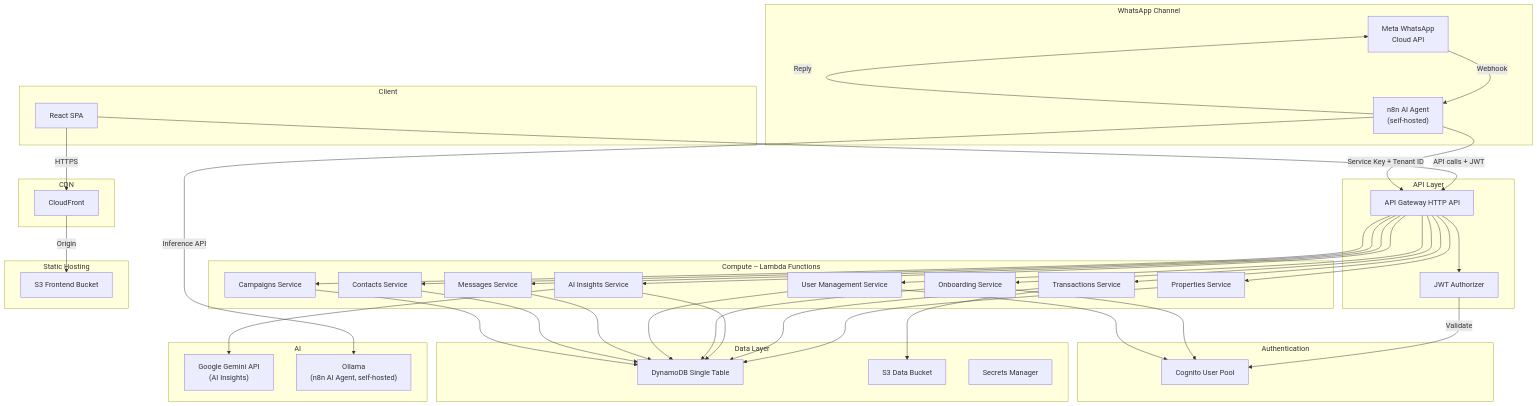
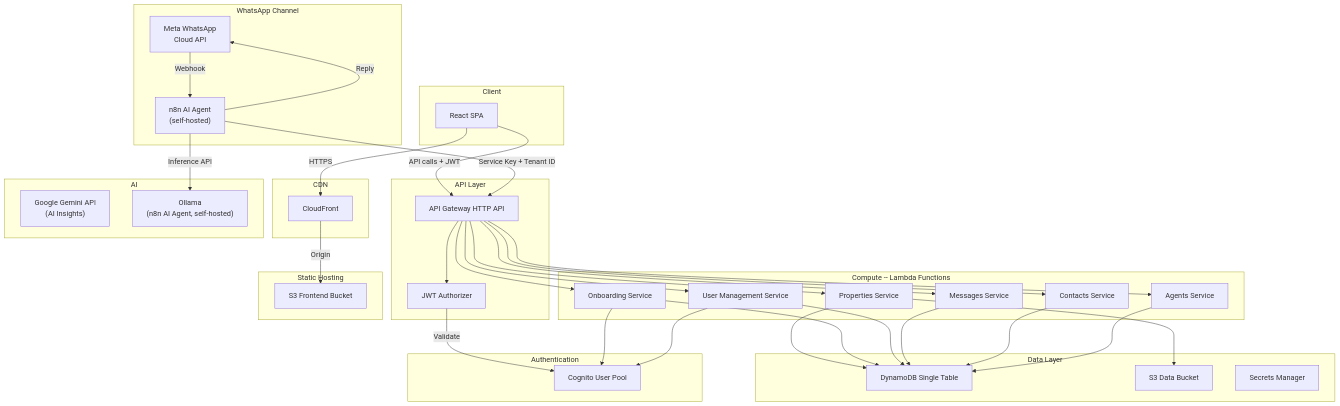
One commit to davidballad/clienta_bre changed the first of 8 diagrams in docs/architecture.md. Above: the diagram before and after it, drawn with Mermaid. The commit also changed other lines of this file and 13 other files, not shown here.

````diff
--- a/docs/architecture.md
+++ b/docs/architecture.md
@@ -5,80 +5,73 @@
 ```mermaid
 graph TB
   subgraph client [Client]
     Browser["React SPA"]
   end
 
   subgraph cdn [CDN]
     CloudFront["CloudFront"]
   end
 
   subgraph auth [Authentication]
     Cognito["Cognito User Pool"]
   end
 
   subgraph api [API Layer]
     APIGW["API Gateway HTTP API"]
     JWTAuth["JWT Authorizer"]
   end
 
   subgraph whatsapp [WhatsApp Channel]
     Meta["Meta WhatsApp\nCloud API"]
     n8n["n8n AI Agent\n(self-hosted)"]
   end
 
   subgraph compute [Compute -- Lambda Functions]
     Properties["Properties Service"]
-    Transactions["Transactions Service"]
-    AIInsights["AI Insights Service"]
     Onboarding["Onboarding Service"]
     Users["User Management Service"]
     Messages["Messages Service"]
     Contacts["Contacts Service"]
-    Campaigns["Campaigns Service"]
+    Agents["Agents Service"]
   end
 
   subgraph data [Data Layer]
     DynamoDB["DynamoDB Single Table"]
     S3Data["S3 Data Bucket"]
     Secrets["Secrets Manager"]
   end
 
   subgraph ai [AI]
     Gemini["Google Gemini API\n(AI Insights)"]
     Ollama["Ollama\n(n8n AI Agent, self-hosted)"]
   end
 
   subgraph hosting [Static Hosting]
     S3Frontend["S3 Frontend Bucket"]
   end
 
   Browser -->|HTTPS| CloudFront
   CloudFront -->|Origin| S3Frontend
   Browser -->|"API calls + JWT"| APIGW
   APIGW --> JWTAuth
   JWTAuth -->|Validate| Cognito
   APIGW --> Properties
-  APIGW --> Transactions
-  APIGW --> AIInsights
   APIGW --> Onboarding
   APIGW --> Users
   APIGW --> Messages
   APIGW --> Contacts
-  APIGW --> Campaigns
+  APIGW --> Agents
   Meta -->|Webhook| n8n
   n8n -->|"Service Key + Tenant ID"| APIGW
   n8n -->|Reply| Meta
   n8n -->|"Inference API"| Ollama
   Properties --> DynamoDB
-  Transactions --> DynamoDB
-  AIInsights --> DynamoDB
-  AIInsights --> Gemini
   Onboarding --> DynamoDB
   Onboarding --> Cognito
   Users --> DynamoDB
   Users --> Cognito
   Messages --> DynamoDB
   Contacts --> DynamoDB
-  Campaigns --> DynamoDB
-  Transactions --> S3Data
+  Agents --> DynamoDB
+  Properties --> S3Data
 ```
````
